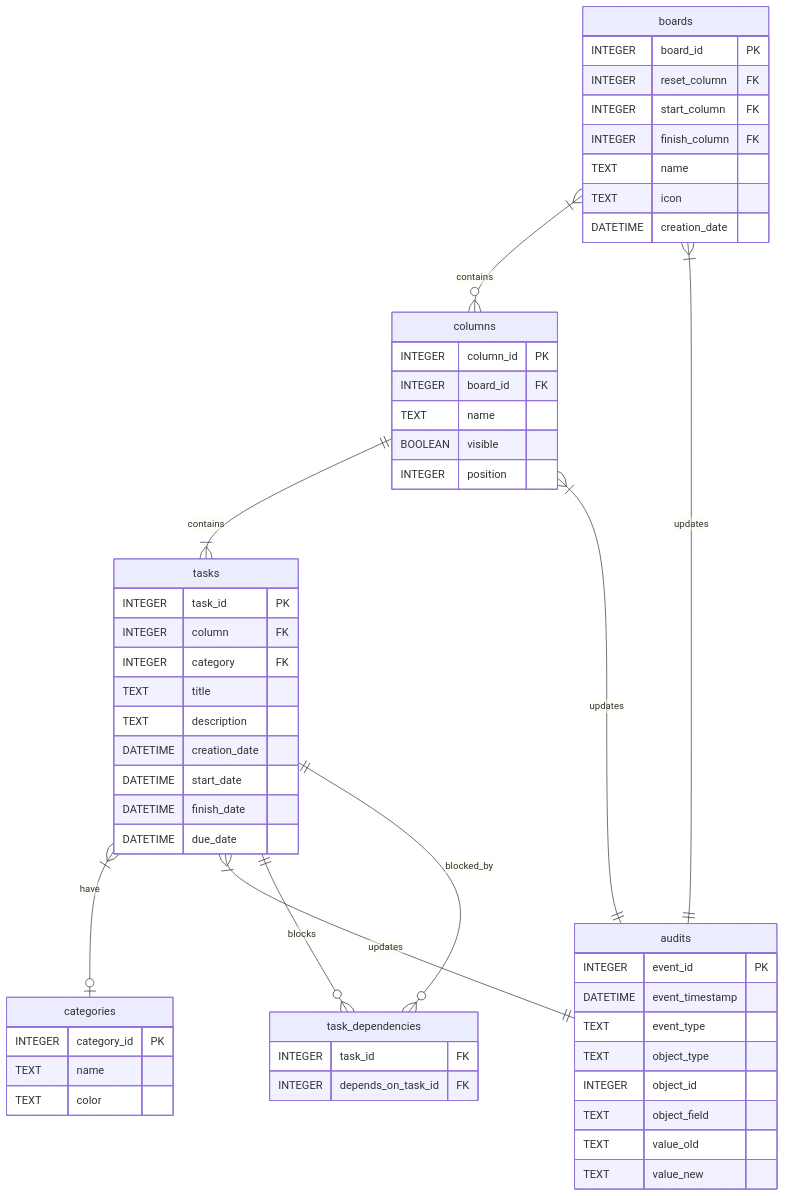
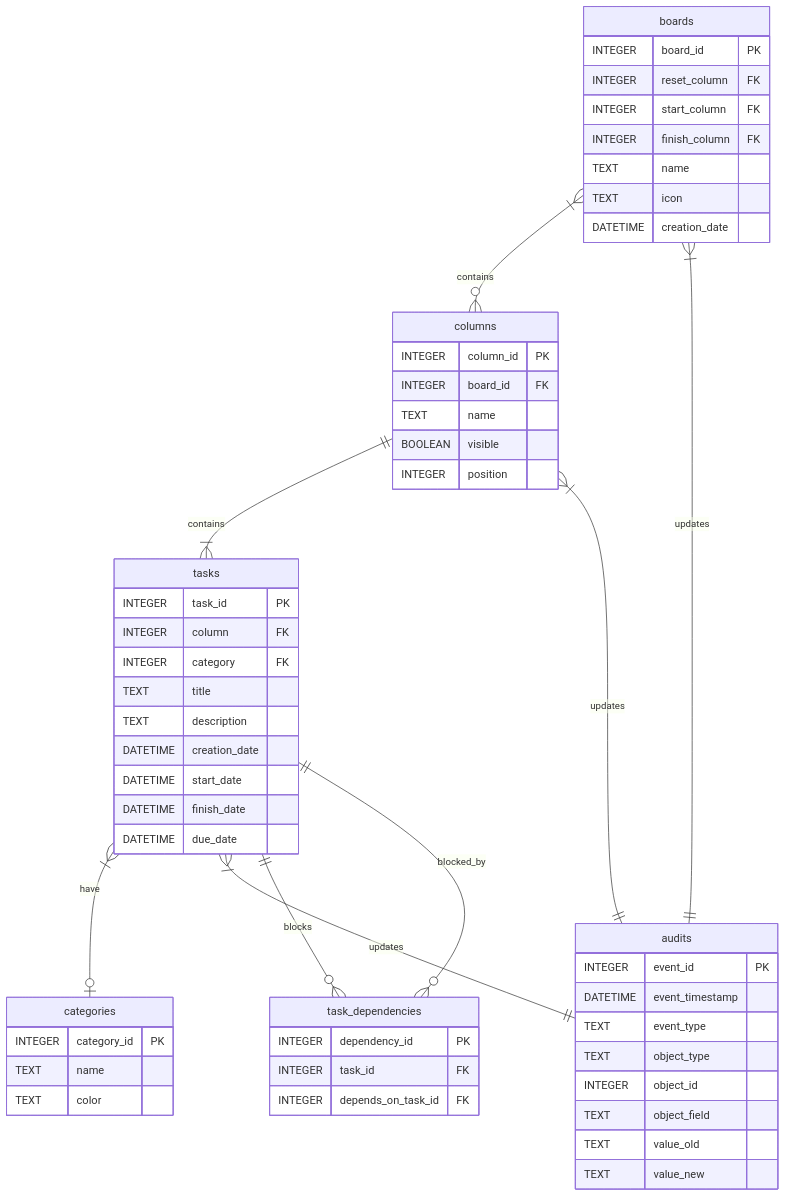
One commit to Zaloog/kanban-tui changed the diagram in README.md. Above: the diagram before and after it, drawn with Mermaid. The commit also changed 1 other file, not shown here.

Commit message:
Update Readme and Changelog

````diff
--- a/README.md
+++ b/README.md
@@ -80,57 +80,58 @@
 ```mermaid
 erDiagram
     tasks }|--o| categories: have
     tasks }|--|| audits: updates
     tasks ||--o{ task_dependencies: "blocks"
     tasks ||--o{ task_dependencies: "blocked_by"
     tasks {
         INTEGER task_id PK
         INTEGER column FK
         INTEGER category FK
         TEXT title
         TEXT description
         DATETIME creation_date
         DATETIME start_date
         DATETIME finish_date
         DATETIME due_date
     }
     task_dependencies {
+        INTEGER dependency_id PK
         INTEGER task_id FK
         INTEGER depends_on_task_id FK
     }
     boards }|--o{ columns: contains
     boards }|--|| audits: updates
     boards {
         INTEGER board_id PK
         INTEGER reset_column FK
         INTEGER start_column FK
         INTEGER finish_column FK
         TEXT name
         TEXT icon
         DATETIME creation_date
     }
     columns ||--|{ tasks: contains
     columns }|--|| audits: updates
     columns {
         INTEGER column_id PK
         INTEGER board_id FK
         TEXT name
         BOOLEAN visible
         INTEGER position
     }
     categories {
         INTEGER category_id PK
         TEXT name
         TEXT color
     }
     audits {
         INTEGER event_id PK
         DATETIME event_timestamp
         TEXT event_type
         TEXT object_type
         INTEGER object_id
         TEXT object_field
         TEXT value_old
         TEXT value_new
     }
 ```
````
